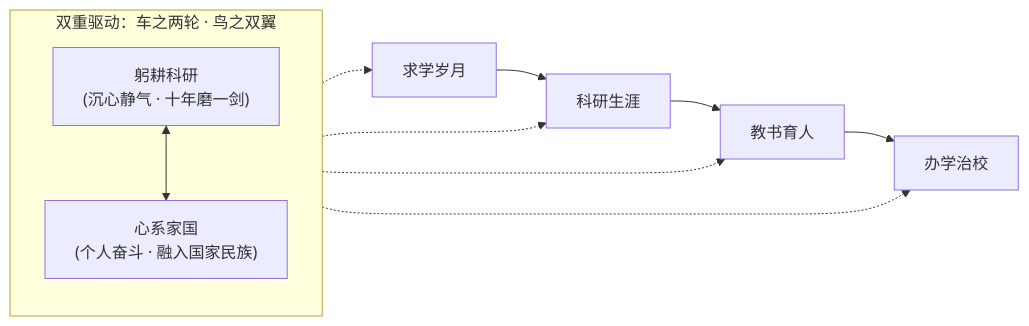
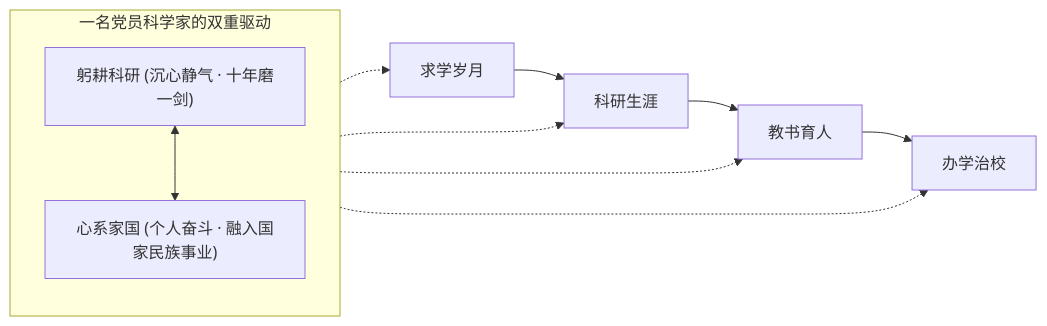
Before and after one commit to NJUPT-CS-StuDev/studev: the third of 3 diagrams in src/content/study/mission-and-responsibility-of-party-member-scientists.md, drawn with Mermaid. The commit also changed other lines of this file, not shown here.

````diff
--- a/src/content/study/mission-and-responsibility-of-party-member-scientists.md
+++ b/src/content/study/mission-and-responsibility-of-party-member-scientists.md
@@ -148,10 +166,9 @@
 ```mermaid
 flowchart LR
     S1["求学岁月"] --> S2["科研生涯"] --> S3["教书育人"] --> S4["办学治校"]
     
-    subgraph DrivingForce["双重驱动：车之两轮 · 鸟之双翼"]
-        D1["躬耕科研<br/>(沉心静气 · 十年磨一剑)"] <--> D2["心系家国<br/>(个人奋斗 · 融入国家民族)"]
+    subgraph Drivers["一名党员科学家的双重驱动"]
+        D1["躬耕科研 (沉心静气 · 十年磨一剑)"] <--> D2["心系家国 (个人奋斗 · 融入国家民族事业)"]
     end
-    
-    DrivingForce -.-> S1 & S2 & S3 & S4
+    Drivers -.-> S1 & S2 & S3 & S4
 ```
````
